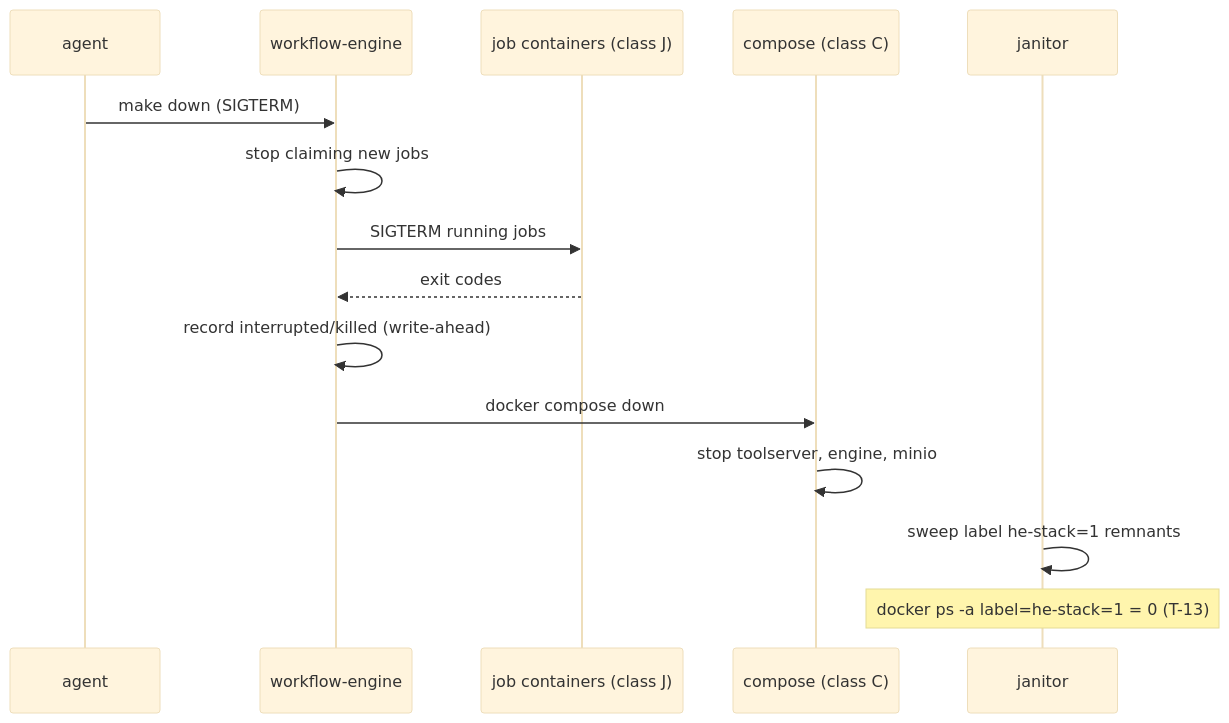
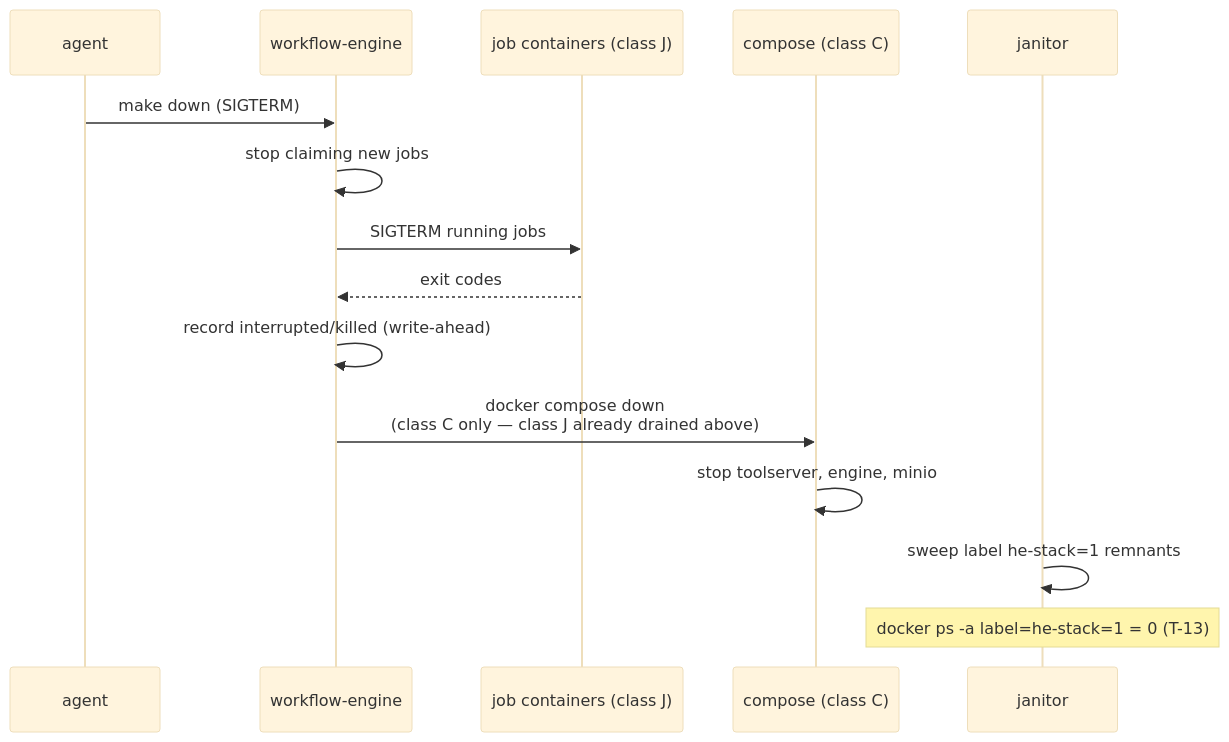
Before and after one commit to jstevenjacobs/HE-toolstack: the fifth of 9 diagrams in docs/HE-TOOLSTACK-TECHNICAL-DESIGN.md, drawn with Mermaid (base theme). The commit also changed other lines of this file and 4 other files, not shown here.

Commit message:
r2: bind-topology correction, dedicated he-agent network (D-15 rev), O_EXCL claim arbiter (8.8a), one-shot backup jobs + 2-copy retention, versioned-transfer mechanism, traceability refresh, diagrams 9/9

````diff
--- a/docs/HE-TOOLSTACK-TECHNICAL-DESIGN.md
+++ b/docs/HE-TOOLSTACK-TECHNICAL-DESIGN.md
@@ -701,17 +762,17 @@
 ```mermaid
 sequenceDiagram
     participant AG as agent
     participant WE as workflow-engine
     participant JB as job containers (class J)
     participant CP as compose (class C)
     participant JL as janitor
     AG->>WE: make down (SIGTERM)
     WE->>WE: stop claiming new jobs
     WE->>JB: SIGTERM running jobs
     JB-->>WE: exit codes
     WE->>WE: record interrupted/killed (write-ahead)
-    WE->>CP: docker compose down
+    WE->>CP: docker compose down<br/>(class C only — class J already drained above)
     CP->>CP: stop toolserver, engine, minio
     JL->>JL: sweep label he-stack=1 remnants
     Note over JL: docker ps -a label=he-stack=1 = 0 (T-13)
 ```
````
